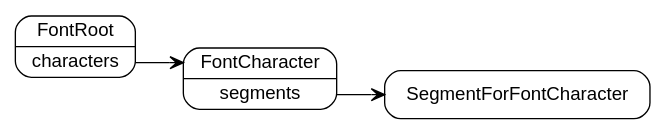
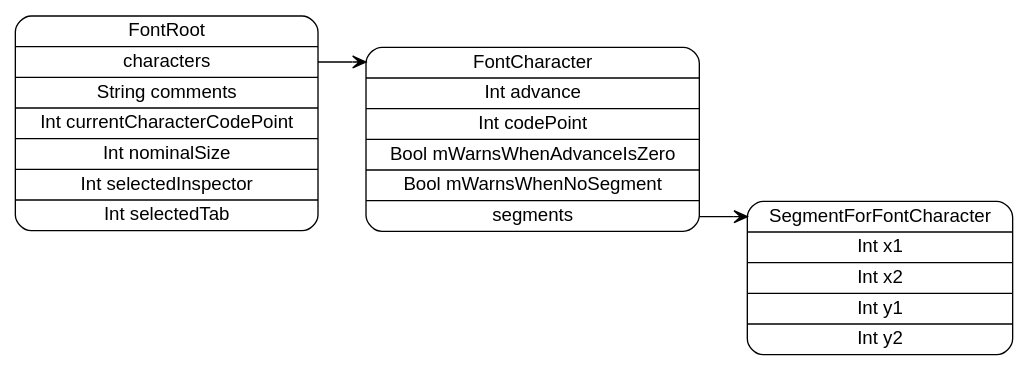
Before and after one commit to pierremolinaro/ElCanari-dev: the diagram in models/FontRoot.dot, drawn with Graphviz. The commit also changed 12 other files, not shown here.

```diff
--- a/models/FontRoot.dot
+++ b/models/FontRoot.dot
@@ -1,9 +1,9 @@
 digraph G {
   rankdir=LR ;
   node [shape=record fontname=helvetica style=rounded] ;
-  FontRoot[label="<FontRoot>FontRoot|<characters>characters"] ;
-  FontCharacter[label="<FontCharacter>FontCharacter|<segments>segments"] ;
-  SegmentForFontCharacter[label="<SegmentForFontCharacter>SegmentForFontCharacter"] ;
+  FontRoot[label="<FontRoot>FontRoot|<characters>characters|String comments|Int currentCharacterCodePoint|Int nominalSize|Int selectedInspector|Int selectedTab"] ;
+  FontCharacter[label="<FontCharacter>FontCharacter|Int advance|Int codePoint|Bool mWarnsWhenAdvanceIsZero|Bool mWarnsWhenNoSegment|<segments>segments"] ;
+  SegmentForFontCharacter[label="<SegmentForFontCharacter>SegmentForFontCharacter|Int x1|Int x2|Int y1|Int y2"] ;
   FontRoot:characters -> FontCharacter:FontCharacter [dir=both arrowtail=none arrowhead=vee] ;
   FontCharacter:segments -> SegmentForFontCharacter:SegmentForFontCharacter [dir=both arrowtail=none arrowhead=vee] ;
 }
```
